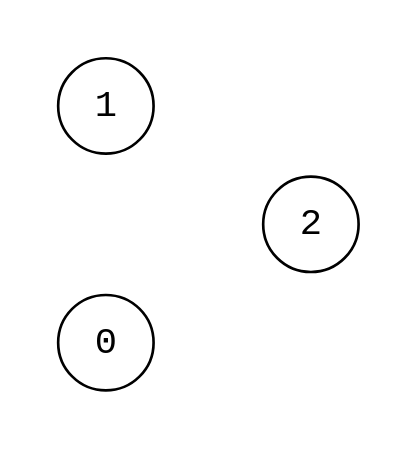
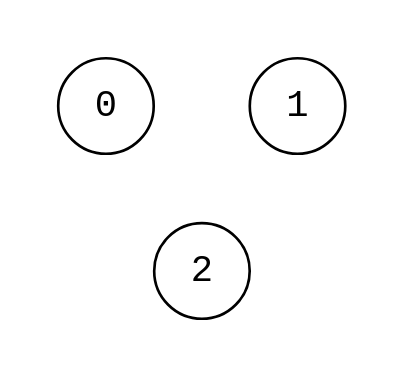
One commit to bsdrks/graaf-images changed the diagram in src/empty_3.dot. Above: the diagram before and after it, drawn with Graphviz. The commit also changed 5 other files, not shown here.

```diff
--- a/src/empty_3.dot
+++ b/src/empty_3.dot
@@ -1,8 +1,10 @@
 digraph {
     node [shape=circle, fontname="monospace"];
     edge [arrowsize=0.6];
-    layout=circo;
+    layout=neato;
+    mode="sgd";
+    normalize=true;
     pad=0.2;
 
     0 -> 1 -> 2 -> 0 [style=invis];
 }
```
